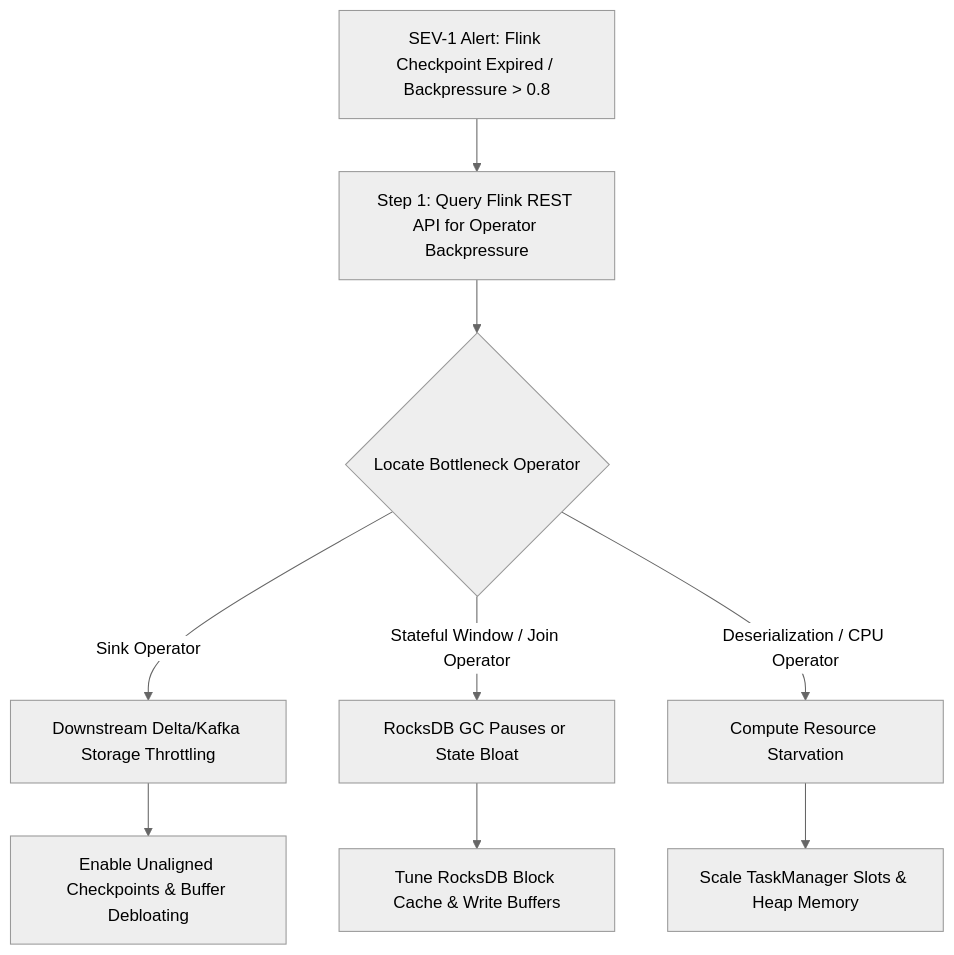
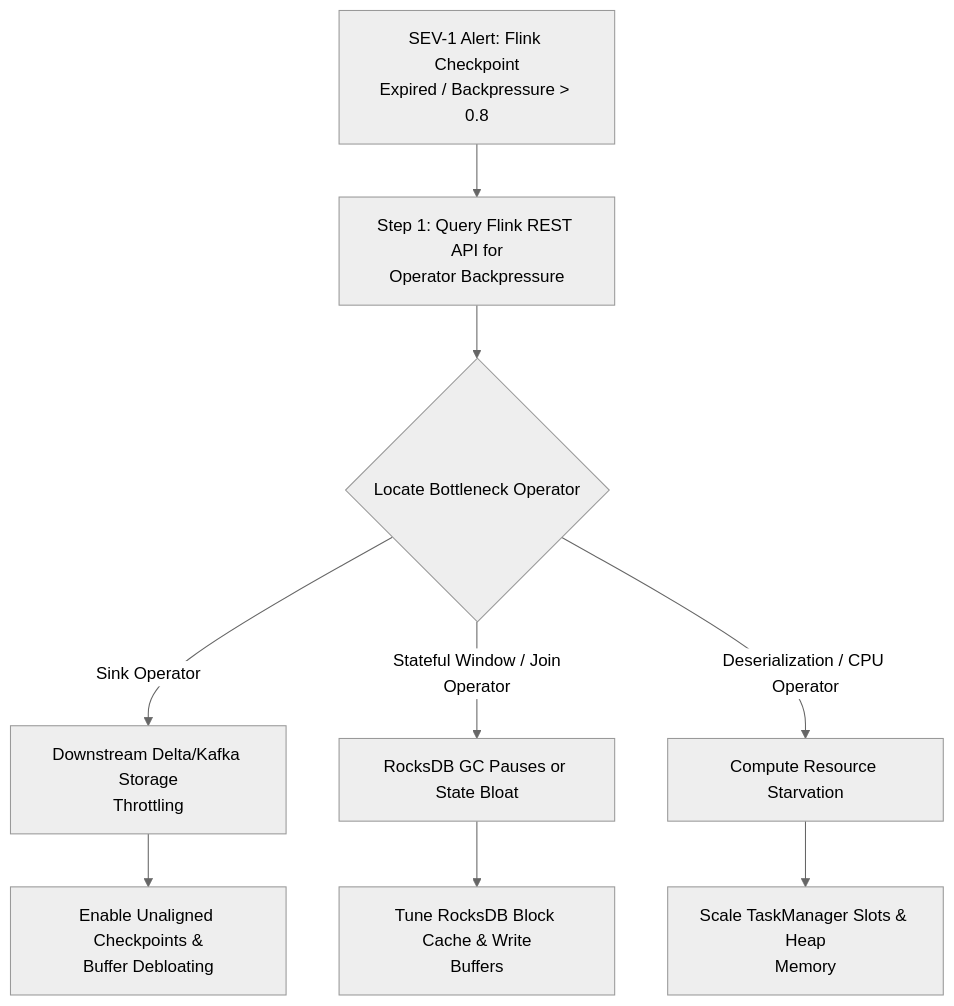
One commit to santoshjammi29/streaming-handbook changed the diagram in runbooks/02_flink_backpressure_and_checkpoint_timeout_triage.md. Above: the diagram before and after it, drawn with Mermaid (neutral theme). The commit also changed 11 other files, not shown here.

Commit message:
fix(diagrams): word-wrap labels and escape comparison operators across all diagrams

````diff
--- a/runbooks/02_flink_backpressure_and_checkpoint_timeout_triage.md
+++ b/runbooks/02_flink_backpressure_and_checkpoint_timeout_triage.md
@@ -12,13 +12,13 @@
 ```mermaid
 flowchart TD
-    Alert["SEV-1 Alert: Flink Checkpoint Expired / Backpressure > 0.8"] --> InspectBackpressure["Step 1: Query Flink REST API for Operator Backpressure"]
+    Alert["SEV-1 Alert: Flink Checkpoint<br/>Expired / Backpressure &gt; 0.8"] --> InspectBackpressure["Step 1: Query Flink REST API for<br/>Operator Backpressure"]
     InspectBackpressure --> IdentifyBottleneck{"Locate Bottleneck Operator"}
 
-    IdentifyBottleneck -->|"Sink Operator"| SinkIssue["Downstream Delta/Kafka Storage Throttling"]
-    IdentifyBottleneck -->|"Stateful Window / Join Operator"| StateIssue["RocksDB GC Pauses or State Bloat"]
+    IdentifyBottleneck -->|"Sink Operator"| SinkIssue["Downstream Delta/Kafka Storage<br/>Throttling"]
+    IdentifyBottleneck -->|"Stateful Window / Join<br/>Operator"| StateIssue["RocksDB GC Pauses or State Bloat"]
     IdentifyBottleneck -->|"Deserialization / CPU Operator"| CpuIssue["Compute Resource Starvation"]
 
-    SinkIssue --> EnableUnaligned["Enable Unaligned Checkpoints & Buffer Debloating"]
-    StateIssue --> TuneRocksDB["Tune RocksDB Block Cache & Write Buffers"]
-    CpuIssue --> ScaleTaskManagers["Scale TaskManager Slots & Heap Memory"]
+    SinkIssue --> EnableUnaligned["Enable Unaligned Checkpoints &<br/>Buffer Debloating"]
+    StateIssue --> TuneRocksDB["Tune RocksDB Block Cache & Write<br/>Buffers"]
+    CpuIssue --> ScaleTaskManagers["Scale TaskManager Slots & Heap<br/>Memory"]
 ```
````
